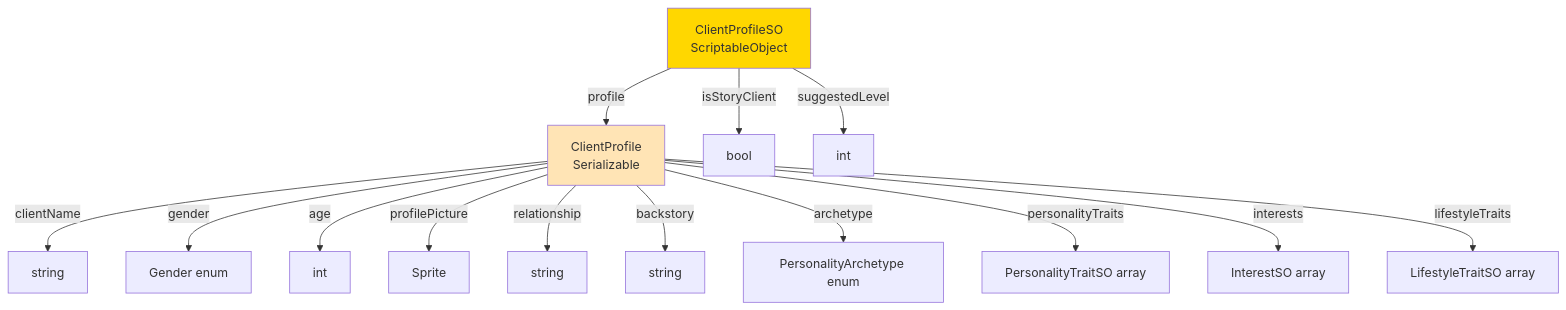
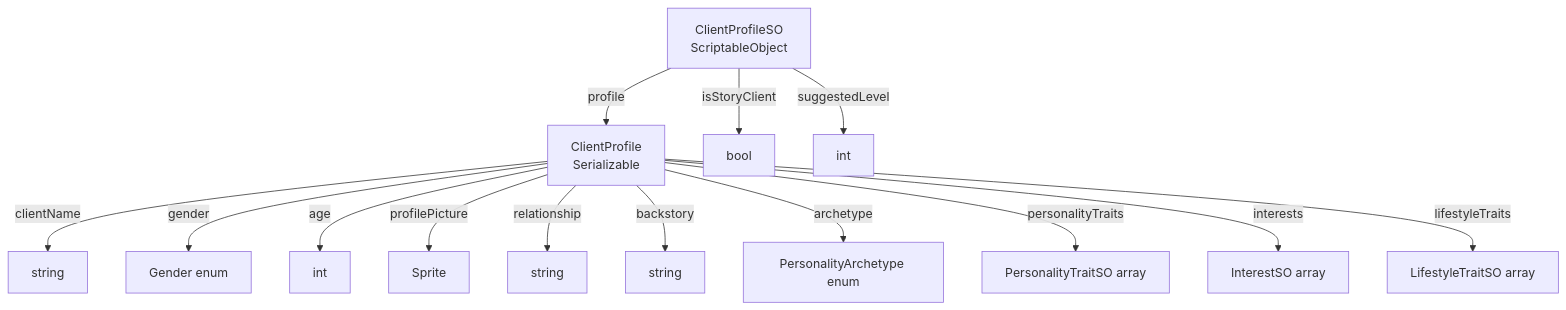
The third of 11 diagrams in ARCHITECTURE_DIAGRAMS.md (ben3683914/maskhot), drawn with Mermaid before and after one commit. The commit also changed other lines of this file, not shown here.

Commit message:
remove colors from mermaid

````diff
--- a/ARCHITECTURE_DIAGRAMS.md
+++ b/ARCHITECTURE_DIAGRAMS.md
@@ -87,24 +76,22 @@
 ```mermaid
 graph TB
     ClientSO[ClientProfileSO<br/>ScriptableObject]
     Client[ClientProfile<br/>Serializable]
 
     ClientSO -->|profile| Client
     ClientSO -->|isStoryClient| Bool1[bool]
     ClientSO -->|suggestedLevel| Int1[int]
 
     Client -->|clientName| Name[string]
     Client -->|gender| Gender[Gender enum]
     Client -->|age| Age[int]
     Client -->|profilePicture| Sprite1[Sprite]
     Client -->|relationship| Rel[string]
     Client -->|backstory| Story[string]
     Client -->|archetype| Arch[PersonalityArchetype enum]
 
     Client -->|personalityTraits| PT[PersonalityTraitSO array]
     Client -->|interests| IT[InterestSO array]
     Client -->|lifestyleTraits| LT[LifestyleTraitSO array]
 
-    style ClientSO fill:#FFD700
-    style Client fill:#FFE4B5
 ```
````
